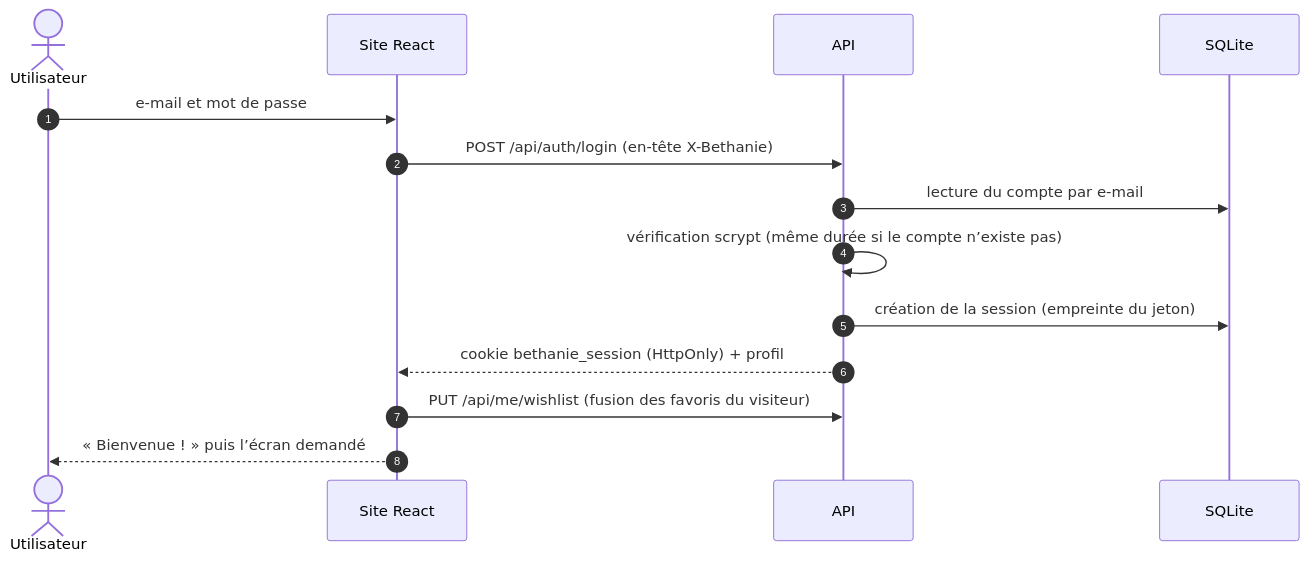
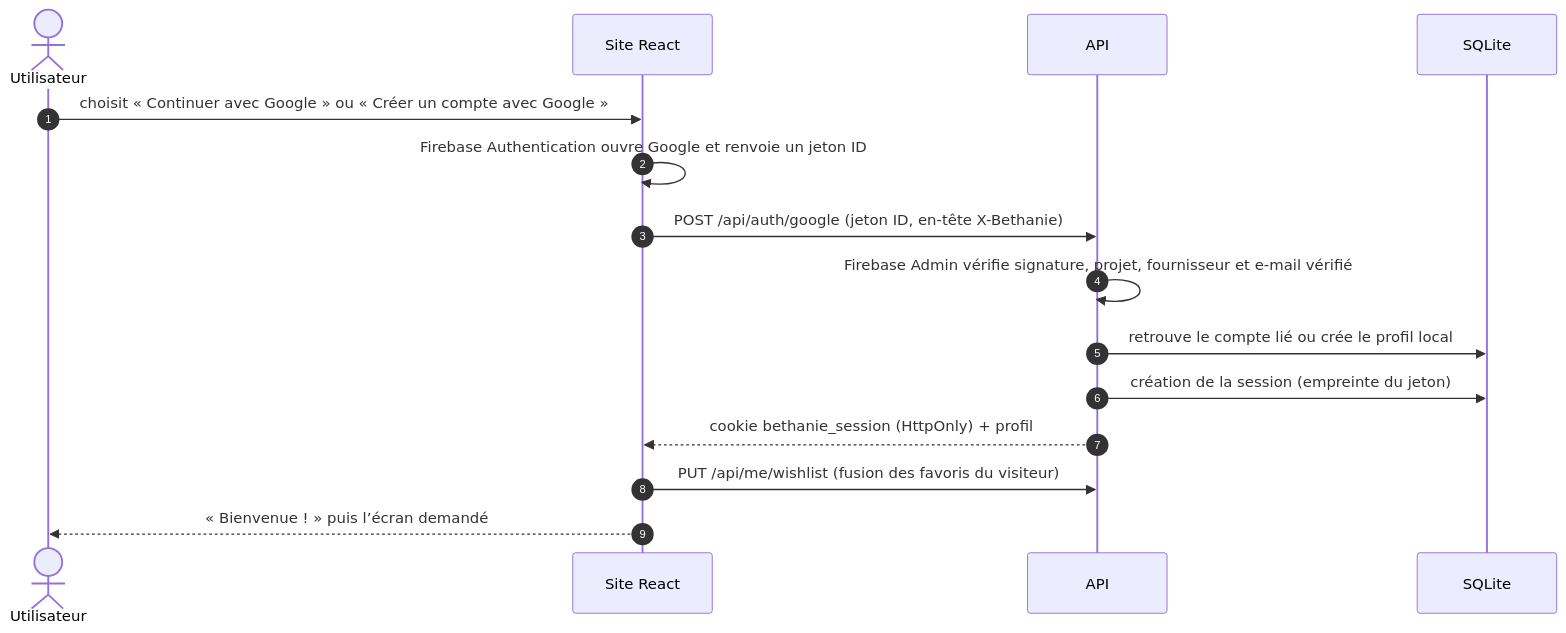
One commit to akeconstant8-tech/Bethanie changed the eighth of 12 diagrams in docs/ARCHITECTURE.md. Above: the diagram before and after it, drawn with Mermaid. The commit also changed other lines of this file and 20 other files, not shown here.

Commit message:
Connect Google authentication with Firebase

````diff
--- a/docs/ARCHITECTURE.md
+++ b/docs/ARCHITECTURE.md
@@ -616,16 +622,17 @@
 ```mermaid
 sequenceDiagram
   autonumber
   actor U as Utilisateur
   participant F as Site React
   participant A as API
   participant D as SQLite
-  U->>F: e-mail et mot de passe
-  F->>A: POST /api/auth/login (en-tête X-Bethanie)
-  A->>D: lecture du compte par e-mail
-  A->>A: vérification scrypt (même durée si le compte n’existe pas)
+  U->>F: choisit « Continuer avec Google » ou « Créer un compte avec Google »
+  F->>F: Firebase Authentication ouvre Google et renvoie un jeton ID
+  F->>A: POST /api/auth/google (jeton ID, en-tête X-Bethanie)
+  A->>A: Firebase Admin vérifie signature, projet, fournisseur et e-mail vérifié
+  A->>D: retrouve le compte lié ou crée le profil local
   A->>D: création de la session (empreinte du jeton)
   A-->>F: cookie bethanie_session (HttpOnly) + profil
   F->>A: PUT /api/me/wishlist (fusion des favoris du visiteur)
   F-->>U: « Bienvenue ! » puis l’écran demandé
 ```
````
